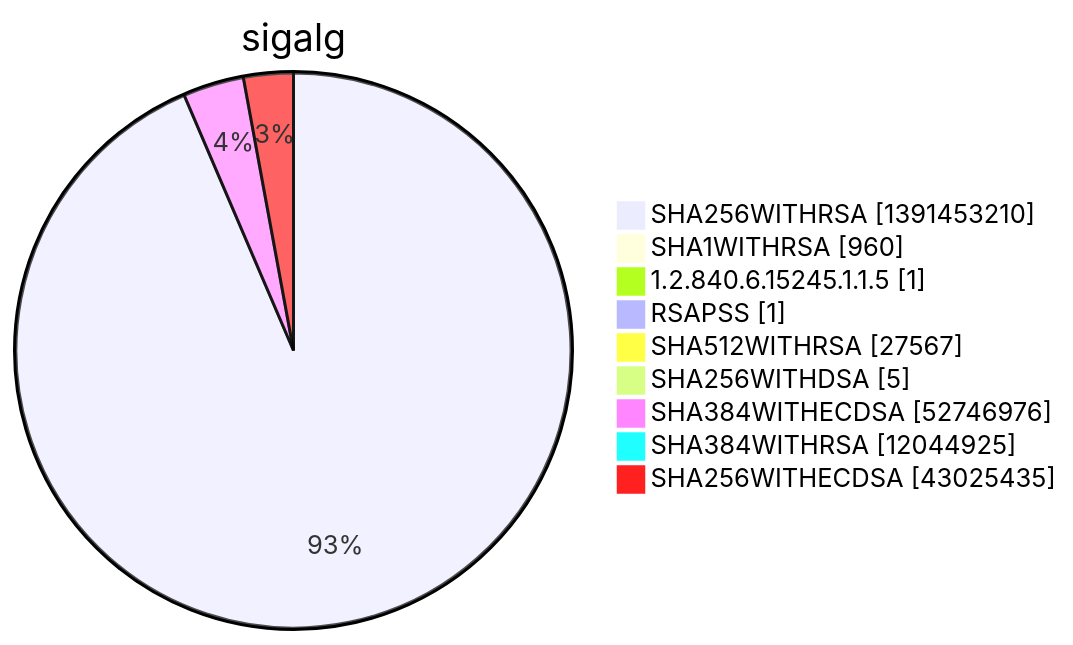
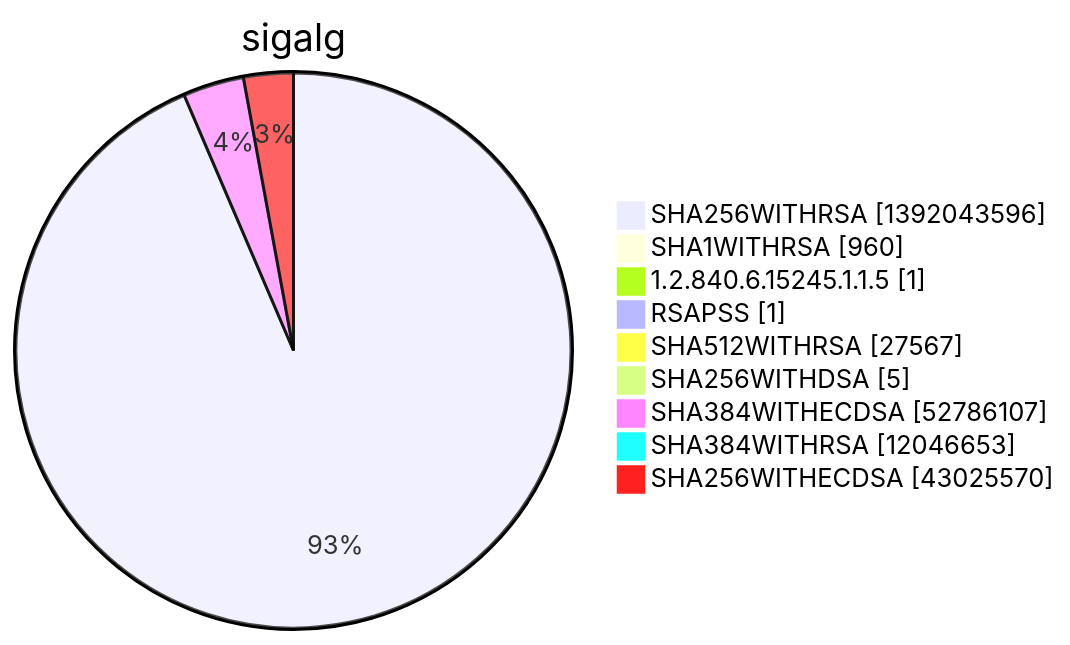
One commit to christiankrug/ctmonitor_visualization changed diagram 15 of 15 in argon2022/README.md. Above: the diagram before and after it, drawn with Mermaid. The commit also changed other lines of this file, not shown here.

````diff
--- a/argon2022/README.md
+++ b/argon2022/README.md
@@ -5524,13 +5524,13 @@
 ```mermaid
 pie showData
 title sigalg
-"SHA256WITHRSA" :1391453210
+"SHA256WITHRSA" :1392043596
 "SHA1WITHRSA" :960
 "1.2.840.6.15245.1.1.5" :1
 "RSAPSS" :1
 "SHA512WITHRSA" :27567
 "SHA256WITHDSA" :5
-"SHA384WITHECDSA" :52746976
-"SHA384WITHRSA" :12044925
-"SHA256WITHECDSA" :43025435
+"SHA384WITHECDSA" :52786107
+"SHA384WITHRSA" :12046653
+"SHA256WITHECDSA" :43025570
 ```
````
